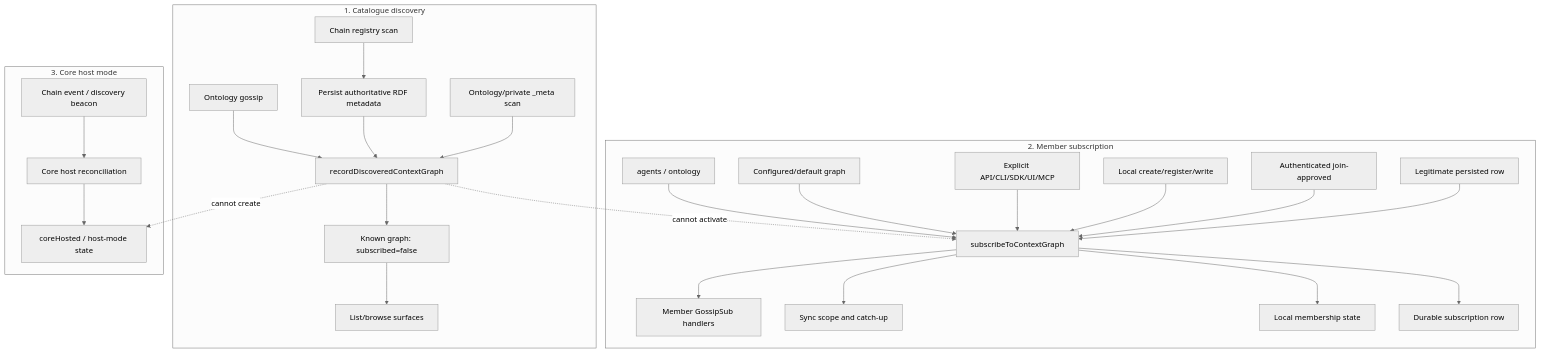
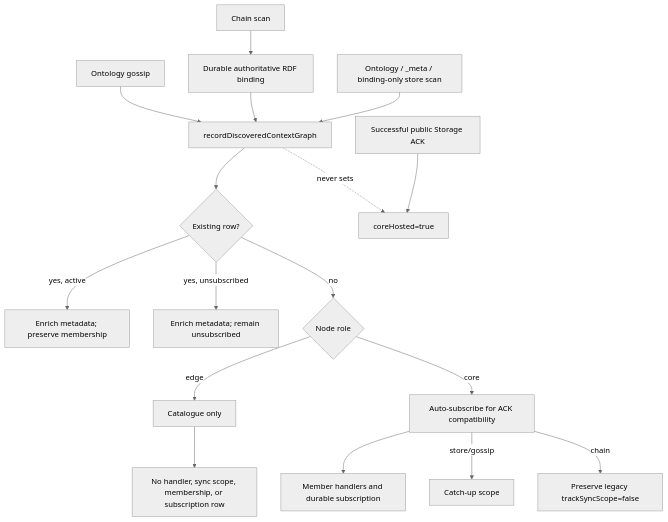
One commit to OriginTrail/dkg changed the second of 2 diagrams in docs/active-now/context-graph-discovery-subscription-boundary-pr-description.md. Above: the diagram before and after it, drawn with Mermaid (neutral theme). The commit also changed other lines of this file and 10 other files, not shown here.

Commit message:
fix(agent): make graph discovery role-aware

````diff
--- a/docs/active-now/context-graph-discovery-subscription-boundary-pr-description.md
+++ b/docs/active-now/context-graph-discovery-subscription-boundary-pr-description.md
@@ -153,32 +81,22 @@
 ```mermaid
 flowchart TD
-  subgraph Discovery["1. Catalogue discovery"]
-    OG["Ontology gossip"] --> RECORD["recordDiscoveredContextGraph"]
-    CHAIN["Chain registry scan"] --> RDF["Persist authoritative RDF metadata"]
-    RDF --> RECORD
-    STORE["Ontology/private _meta scan"] --> RECORD
-    RECORD --> MAP["Known graph: subscribed=false"]
-    MAP --> LIST["List/browse surfaces"]
-  end
+  OG["Ontology gossip"] --> RECORD["recordDiscoveredContextGraph"]
+  CHAIN["Chain scan"] --> RDF["Durable authoritative RDF binding"]
+  RDF --> RECORD
+  STORE["Ontology / _meta / binding-only store scan"] --> RECORD
 
-  subgraph Membership["2. Member subscription"]
-    SYSTEM["agents / ontology"] --> ACTIVATE["subscribeToContextGraph"]
-    CONFIG["Configured/default graph"] --> ACTIVATE
-    MANUAL["Explicit API/CLI/SDK/UI/MCP"] --> ACTIVATE
-    CREATE["Local create/register/write"] --> ACTIVATE
-    JOIN["Authenticated join-approved"] --> ACTIVATE
-    RESTORE["Legitimate persisted row"] --> ACTIVATE
-    ACTIVATE --> TOPICS["Member GossipSub handlers"]
-    ACTIVATE --> SCOPE["Sync scope and catch-up"]
-    ACTIVATE --> MEMBER["Local membership state"]
-    ACTIVATE --> PERSIST["Durable subscription row"]
-  end
+  RECORD --> EXISTS{"Existing row?"}
+  EXISTS -->|"yes, active"| ENRICH["Enrich metadata; preserve membership"]
+  EXISTS -->|"yes, unsubscribed"| KEEP["Enrich metadata; remain unsubscribed"]
+  EXISTS -->|"no"| ROLE{"Node role"}
+  ROLE -->|"edge"| CATALOGUE["Catalogue only"]
+  ROLE -->|"core"| COREACTIVE["Auto-subscribe for ACK compatibility"]
 
-  subgraph Hosting["3. Core host mode"]
-    EVENT["Chain event / discovery beacon"] --> HOST["Core host reconciliation"]
-    HOST --> HOSTSTATE["coreHosted / host-mode state"]
-  end
+  CATALOGUE --> EDGE["No handler, sync scope, membership, or subscription row"]
+  COREACTIVE --> HANDLERS["Member handlers and durable subscription"]
+  COREACTIVE -->|"store/gossip"| SCOPE["Catch-up scope"]
+  COREACTIVE -->|"chain"| NOSCOPE["Preserve legacy trackSyncScope=false"]
 
-  RECORD -. "cannot activate" .-> ACTIVATE
-  RECORD -. "cannot create" .-> HOSTSTATE
+  ACK["Successful public Storage ACK"] --> HOST["coreHosted=true"]
+  RECORD -. "never sets" .-> HOST
 ```
````
